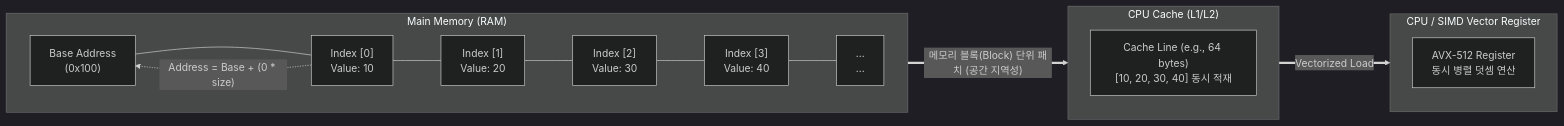
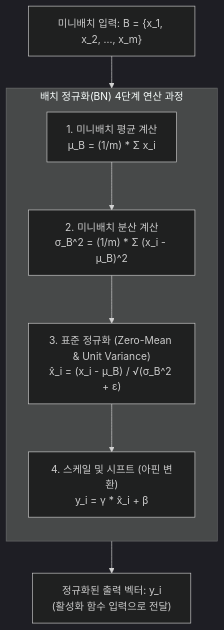
One commit to supremethumb/supremethumb.github.io changed the diagram in content/01_IT Tech/배치 정규화.md. Above: the diagram before and after it, drawn with Mermaid (dark theme). The commit also changed other lines of this file and 362 other files, not shown here.

````diff
--- a/content/01_IT Tech/배치 정규화.md
+++ b/content/01_IT Tech/배치 정규화.md
@@ -30,26 +31,19 @@
 ```mermaid
-flowchart LR
-    subgraph Memory ["Main Memory (RAM)"]
-        direction LR
-        Base["Base Address<br/>(0x100)"] --- A0["Index [0]<br/>Value: 10"]
-        A0 --- A1["Index [1]<br/>Value: 20"]
-        A1 --- A2["Index [2]<br/>Value: 30"]
-        A2 --- A3["Index [3]<br/>Value: 40"]
-        A3 --- A4["...<br/>..."]
+flowchart TB
+    Input["미니배치 입력: B = {x_1, x_2, ..., x_m}"]
+    
+    subgraph BN_Step["배치 정규화(BN) 4단계 연산 과정"]
+        direction TB
+        S1["1. 미니배치 평균 계산<br/>μ_B = (1/m) * Σ x_i"]
+        S2["2. 미니배치 분산 계산<br/>σ_B^2 = (1/m) * Σ (x_i - μ_B)^2"]
+        S3["3. 표준 정규화 (Zero-Mean & Unit Variance)<br/>x̂_i = (x_i - μ_B) / √(σ_B^2 + ε)"]
+        S4["4. 스케일 및 시프트 (아핀 변환)<br/>y_i = γ * x̂_i + β"]
+        
+        S1 --> S2 --> S3 --> S4
     end
 
-    subgraph CPU_Cache ["CPU Cache (L1/L2)"]
-        direction TB
-        CacheLine["Cache Line (e.g., 64 bytes)<br/>[10, 20, 30, 40] 동시 적재"]
-    end
+    Output["정규화된 출력 벡터: y_i<br/>(활성화 함수 입력으로 전달)"]
 
-    subgraph CPU_SIMD ["CPU / SIMD Vector Register"]
-        direction TB
-        VectorOp["AVX-512 Register<br/>동시 병렬 덧셈 연산"]
-    end
-
-    A0 -. "Address = Base + (0 * size)" .-> Base
-    Memory == "메모리 블록(Block) 단위 패치 (공간 지역성)" ==> CPU_Cache
-    CPU_Cache == "Vectorized Load" ==> CPU_SIMD
-
+    Input --> BN_Step
+    BN_Step --> Output
 ```
````
